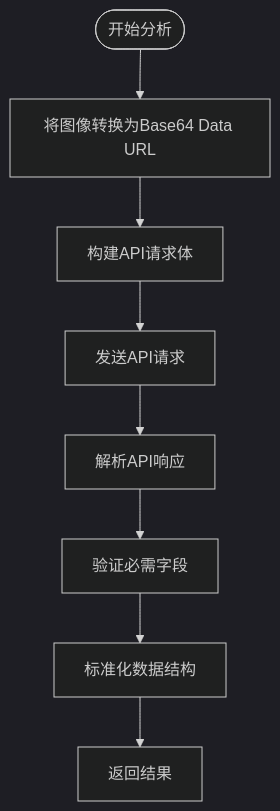
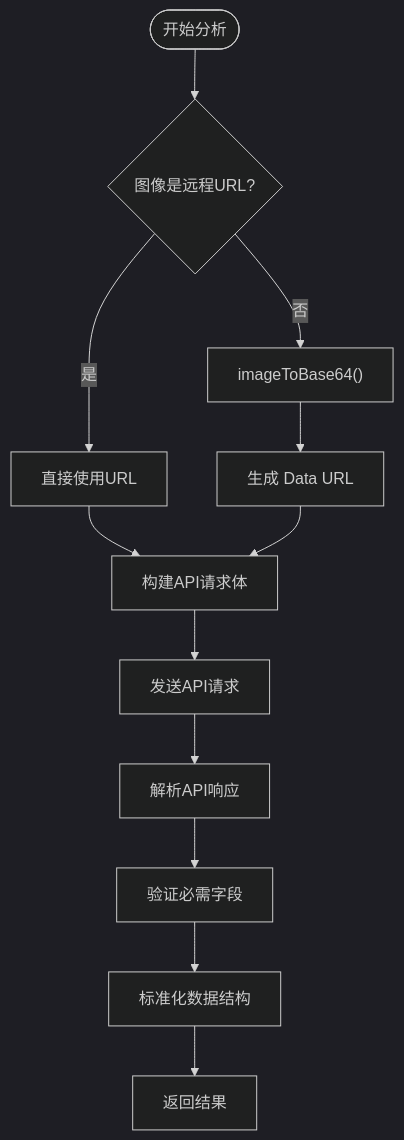
The third of 5 diagrams in wiki/后端架构/外部集成/通义千问AI集成.md (xingranya/CervixDetectAI), drawn with Mermaid (dark theme) before and after one commit. The commit also changed other lines of this file and 35 other files, not shown here.

First line of the commit message:
docs(readme): 优化并统一项目文档中的流程图与说明

````diff
--- a/wiki/后端架构/外部集成/通义千问AI集成.md
+++ b/wiki/后端架构/外部集成/通义千问AI集成.md
@@ -109,10 +122,14 @@
 ```mermaid
 flowchart TD
-Start([开始分析]) --> Convert["将图像转换为Base64 Data URL"]
-Convert --> Build["构建API请求体"]
+Start([开始分析]) --> CheckUrl{"图像是远程URL?"}
+CheckUrl --> |是| UseUrl["直接使用URL"]
+CheckUrl --> |否| Convert["imageToBase64()"]
+Convert --> BuildUrl["生成 Data URL"]
+UseUrl --> Build["构建API请求体"]
+BuildUrl --> Build
 Build --> Send["发送API请求"]
 Send --> Parse["解析API响应"]
 Parse --> Validate["验证必需字段"]
 Validate --> Standardize["标准化数据结构"]
 Standardize --> Return["返回结果"]
 ```
````
